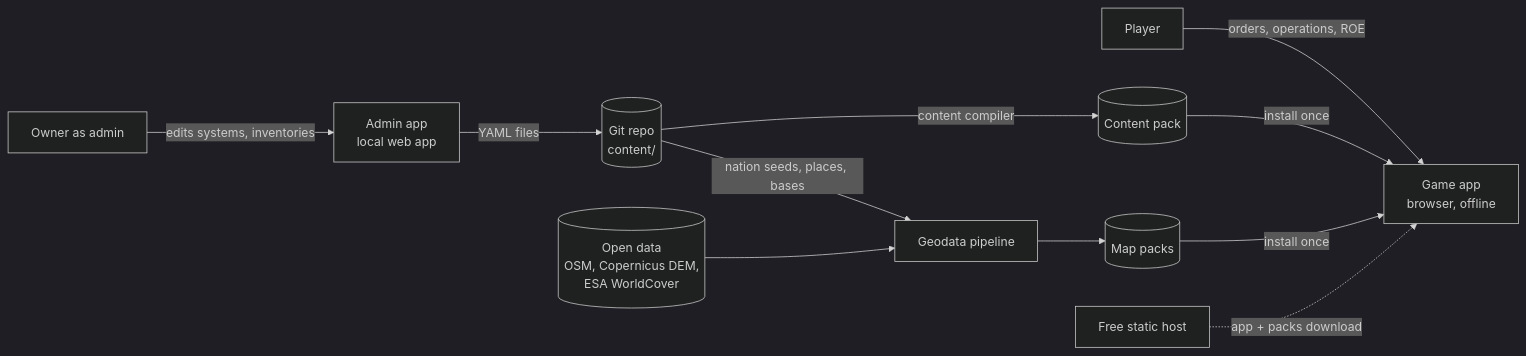
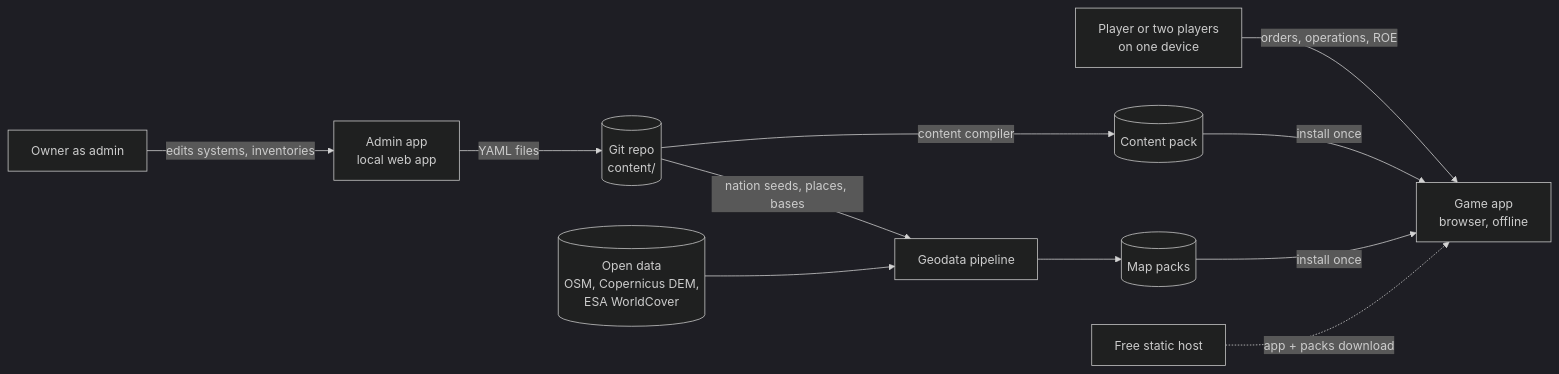
Before and after one commit to vinaymoger1836/warboard: the first of 2 diagrams in docs/01-overview.md, drawn with Mermaid (dark theme). The commit also changed other lines of this file and 8 other files, not shown here.

````diff
--- a/docs/01-overview.md
+++ b/docs/01-overview.md
@@ -43,12 +43,12 @@
 ```mermaid
 flowchart LR
-  P[Player] -->|orders, operations, ROE| G[Game app\nbrowser, offline]
+  P[Player or two players\non one device] -->|orders, operations, ROE| G[Game app\nbrowser, offline]
   A[Owner as admin] -->|edits systems, inventories| AD[Admin app\nlocal web app]
   AD -->|YAML files| REPO[(Git repo\ncontent/)]
   REPO -->|content compiler| CP[(Content pack)]
   OD[(Open data\nOSM, Copernicus DEM,\nESA WorldCover)] --> GEO[Geodata pipeline]
   REPO -->|nation seeds, places, bases| GEO
   GEO --> MP[(Map packs)]
   CP & MP -->|install once| G
   HOST[Free static host] -.->|app + packs download| G
 ```
````
